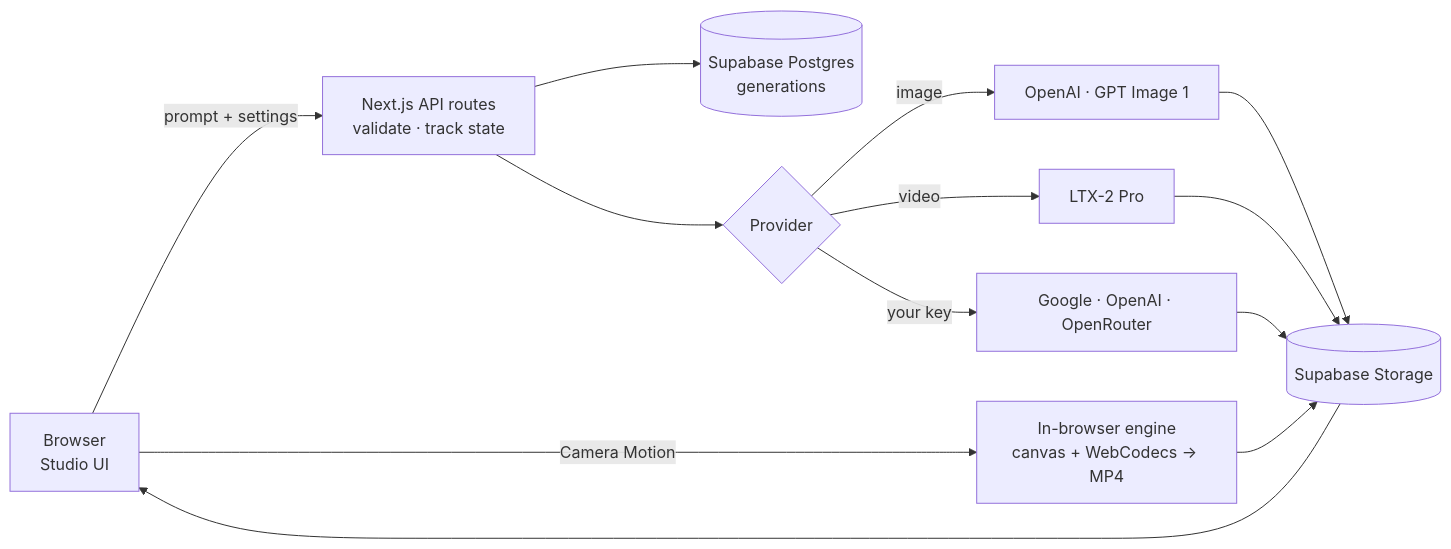
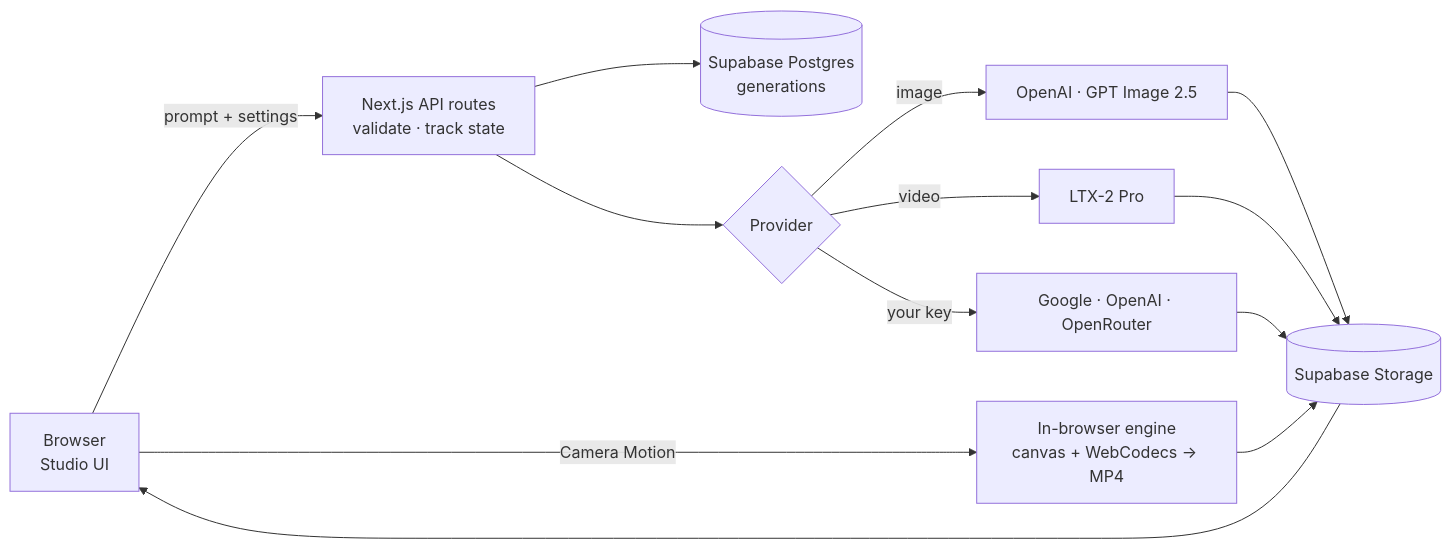
The diagram in README.md (visheshjangir9/Slate), drawn with Mermaid before and after one commit. The commit also changed other lines of this file and 9 other files, not shown here.

First line of the commit message:
fix(images): move to gpt-image-2.5-sunburst after gpt-image-1 was retired

````diff
--- a/README.md
+++ b/README.md
@@ -46,12 +46,12 @@
 ```mermaid
 flowchart LR
     U[Browser<br/>Studio UI] -->|prompt + settings| API[Next.js API routes<br/>validate · track state]
     API --> DB[(Supabase Postgres<br/>generations)]
     API --> P{Provider}
-    P -->|image| O[OpenAI · GPT Image 1]
+    P -->|image| O[OpenAI · GPT Image 2.5]
     P -->|video| L[LTX-2 Pro]
     P -->|your key| B[Google · OpenAI · OpenRouter]
     U -->|Camera Motion| E[In-browser engine<br/>canvas + WebCodecs → MP4]
     O & L & B & E --> S[(Supabase Storage)]
     S --> U
 ```
````
